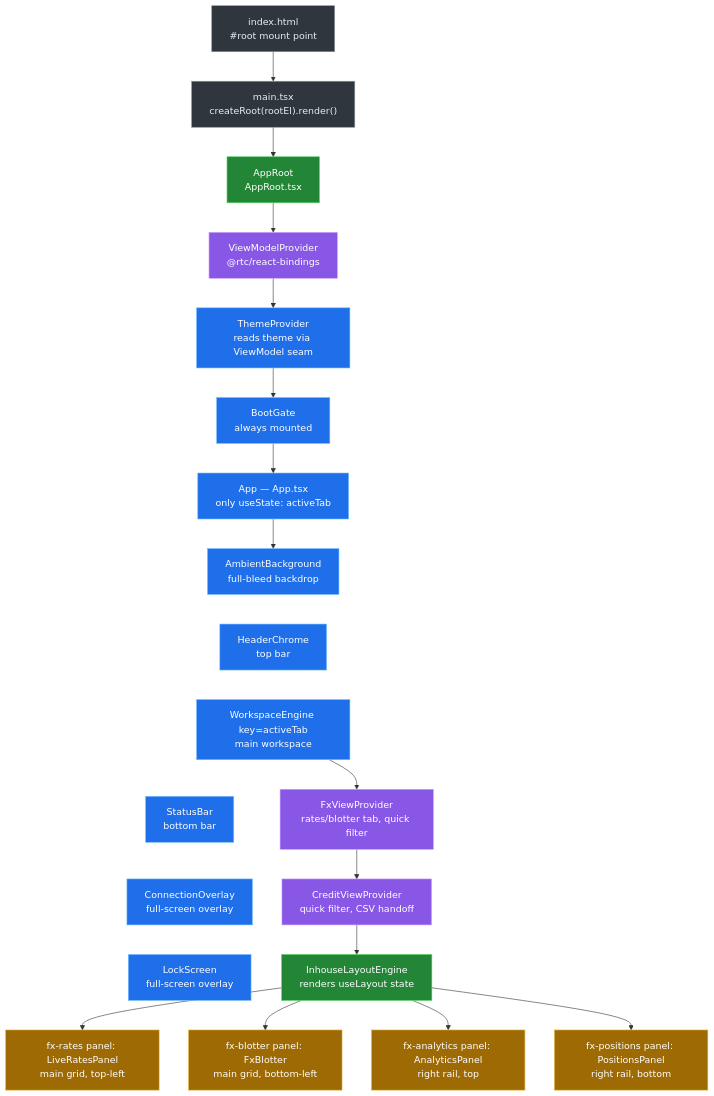
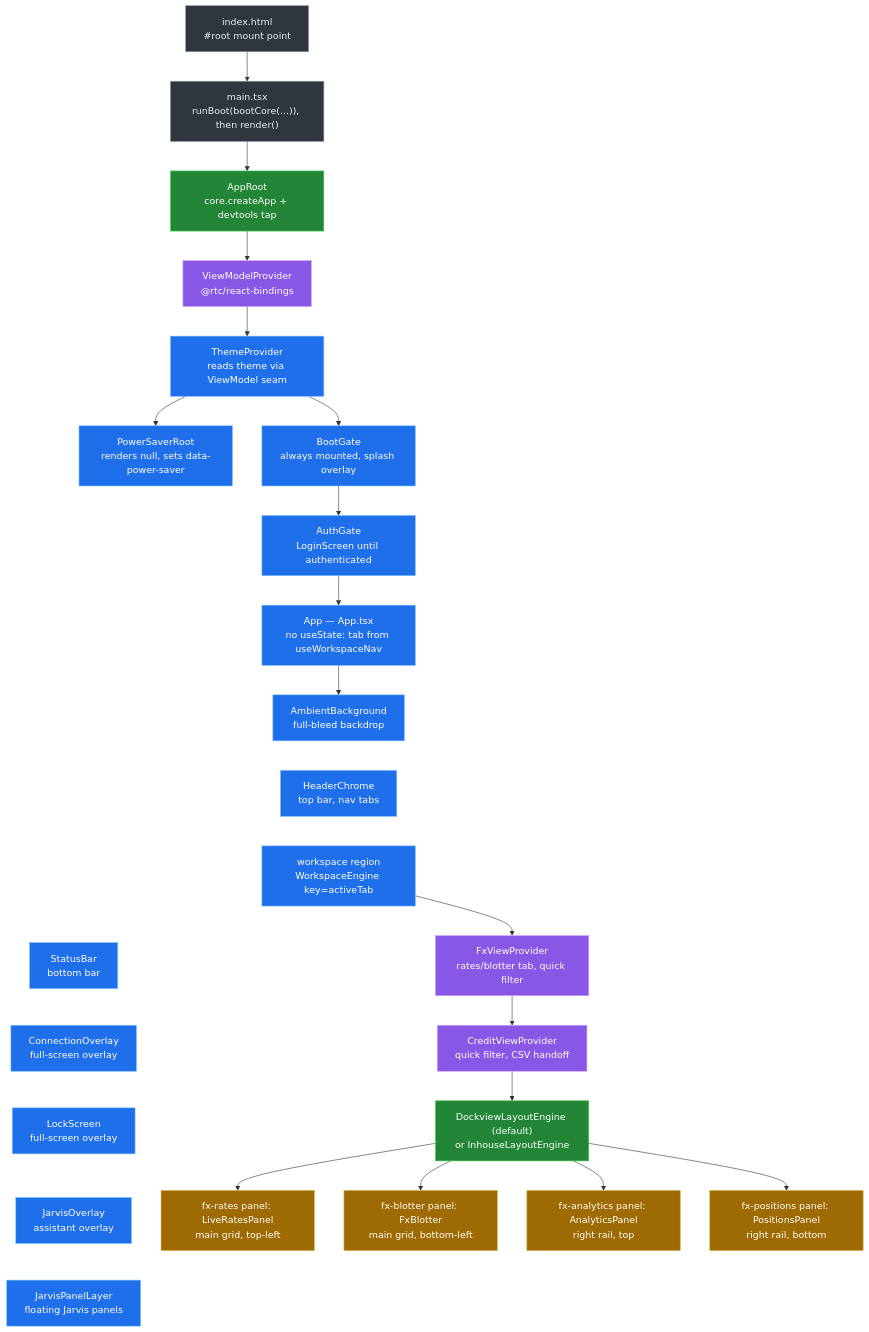
One commit to bettersoftware-io/ReactiveTraderCloudClone changed the first of 5 diagrams in docs/architecture/17-web-client-up-close.md. Above: the diagram before and after it, drawn with Mermaid. The commit also changed other lines of this file, not shown here.

First line of the commit message:
docs(architecture): §17 matches the load-time boot, provider stack and persisted layouts

````diff
--- a/docs/architecture/17-web-client-up-close.md
+++ b/docs/architecture/17-web-client-up-close.md
@@ -46,49 +58,58 @@
 ```mermaid
 flowchart TB
     IndexHtml["index.html<br/>#root mount point"]:::entry
-    MainTsx["main.tsx<br/>createRoot(rootEl).render()"]:::entry
-    RootComp["AppRoot<br/>AppRoot.tsx"]:::core
+    MainTsx["main.tsx<br/>runBoot(bootCore(...)), then render()"]:::entry
+    RootComp["AppRoot<br/>core.createApp + devtools tap"]:::core
     VMProvider["ViewModelProvider<br/>@rtc/react-bindings"]:::bridge
     ThemeProviderNode["ThemeProvider<br/>reads theme via ViewModel seam"]:::ui
-    BootGateNode["BootGate<br/>always mounted"]:::ui
-    AppComp["App — App.tsx<br/>only useState: activeTab"]:::ui
 
-    IndexHtml --> MainTsx --> RootComp
-    RootComp --> VMProvider --> ThemeProviderNode --> BootGateNode --> AppComp
+    IndexHtml --> MainTsx --> RootComp --> VMProvider --> ThemeProviderNode
+
+    PowerSaver["PowerSaverRoot<br/>renders null, sets data-power-saver"]:::ui
+    BootGateNode["BootGate<br/>always mounted, splash overlay"]:::ui
+    AuthGateNode["AuthGate<br/>LoginScreen until authenticated"]:::ui
+    AppComp["App — App.tsx<br/>no useState: tab from useWorkspaceNav"]:::ui
+
+    ThemeProviderNode --> PowerSaver
+    ThemeProviderNode --> BootGateNode --> AuthGateNode --> AppComp
 
     Ambient["AmbientBackground<br/>full-bleed backdrop"]:::ui
-    Header["HeaderChrome<br/>top bar"]:::ui
-    Workspace["WorkspaceEngine key=activeTab<br/>main workspace"]:::ui
+    Header["HeaderChrome<br/>top bar, nav tabs"]:::ui
+    Workspace["workspace region<br/>WorkspaceEngine key=activeTab"]:::ui
     Status["StatusBar<br/>bottom bar"]:::ui
     ConnOverlay["ConnectionOverlay<br/>full-screen overlay"]:::ui
     Lock["LockScreen<br/>full-screen overlay"]:::ui
+    JarvisO["JarvisOverlay<br/>assistant overlay"]:::ui
+    JarvisP["JarvisPanelLayer<br/>floating Jarvis panels"]:::ui
 
     AppComp --> Ambient
     Ambient ~~~ Header
     Header ~~~ Workspace
     Workspace ~~~ Status
     Status ~~~ ConnOverlay
     ConnOverlay ~~~ Lock
+    Lock ~~~ JarvisO
+    JarvisO ~~~ JarvisP
 
     FxVP["FxViewProvider<br/>rates/blotter tab, quick filter"]:::bridge
     CreditVP["CreditViewProvider<br/>quick filter, CSV handoff"]:::bridge
-    Engine["InhouseLayoutEngine<br/>renders useLayout state"]:::core
+    Engine["DockviewLayoutEngine (default)<br/>or InhouseLayoutEngine"]:::core
 
     Workspace --> FxVP --> CreditVP --> Engine
 
     Rates["fx-rates panel: LiveRatesPanel<br/>main grid, top-left"]:::leaf
     Blotter["fx-blotter panel: FxBlotter<br/>main grid, bottom-left"]:::leaf
     Analytics["fx-analytics panel: AnalyticsPanel<br/>right rail, top"]:::leaf
     Positions["fx-positions panel: PositionsPanel<br/>right rail, bottom"]:::leaf
 
     Engine --> Rates
     Engine --> Blotter
     Engine --> Analytics
     Engine --> Positions
 
     classDef entry fill:#30363d,stroke:#8b949e,color:#e6edf3
     classDef core   fill:#238636,stroke:#56d364,color:#ffffff
     classDef bridge fill:#8957e5,stroke:#d2a8ff,color:#ffffff
     classDef ui     fill:#1f6feb,stroke:#79c0ff,color:#ffffff
     classDef leaf   fill:#9e6a03,stroke:#e3b341,color:#ffffff
 ```
````
